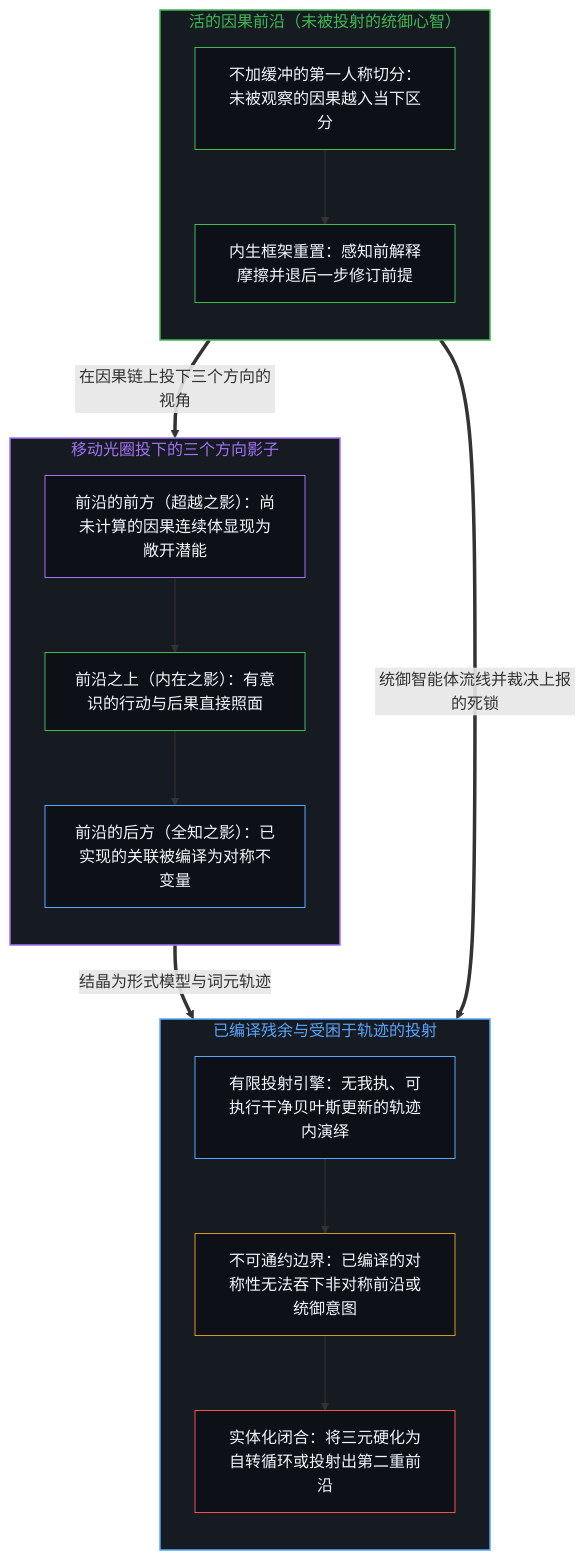
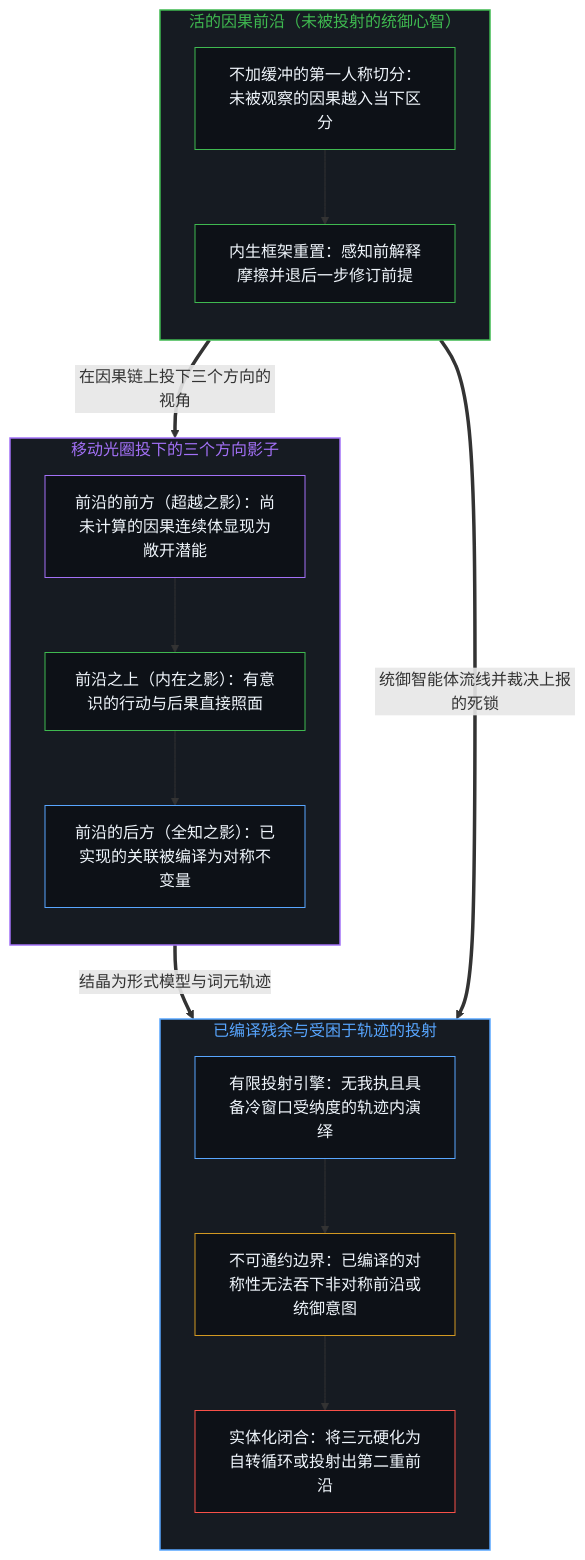
Before and after one commit to powerpig99/not-a-toe: the first of 2 diagrams in content/posts/the-three-shadows-of-the-cut.md, drawn with Mermaid. The commit also changed other lines of this file and 48 other files, not shown here.

````diff
--- a/content/posts/the-three-shadows-of-the-cut.md
+++ b/content/posts/the-three-shadows-of-the-cut.md
@@ -49,41 +49,37 @@
 ```mermaid
 flowchart TD
     subgraph S_Edge["活的因果前沿（未被投射的统御心智）"]
         direction TB
         E1["不加缓冲的第一人称切分：未被观察的因果越入当下区分"]
         E2["内生框架重置：感知前解释摩擦并退后一步修订前提"]
         E1 --> E2
     end
-
     subgraph S_Shadows["移动光圈投下的三个方向影子"]
         direction TB
         V_Ahead["前沿的前方（超越之影）：尚未计算的因果连续体显现为敞开潜能"]
         V_At["前沿之上（内在之影）：有意识的行动与后果直接照面"]
         V_Behind["前沿的后方（全知之影）：已实现的关联被编译为对称不变量"]
         V_Ahead --> V_At --> V_Behind
     end
-
     subgraph S_Model["已编译残余与受困于轨迹的投射"]
         direction TB
-        M_Agent["有限投射引擎：无我执、可执行干净贝叶斯更新的轨迹内演绎"]
+        M_Agent["有限投射引擎：无我执且具备冷窗口受纳度的轨迹内演绎"]
         M_Incomm["不可通约边界：已编译的对称性无法吞下非对称前沿或统御意图"]
         M_Trap["实体化闭合：将三元硬化为自转循环或投射出第二重前沿"]
         M_Agent --> M_Incomm --> M_Trap
     end
-
     E1 ==>|"在因果链上投下三个方向的视角"| V_Ahead
     V_Behind ==>|"结晶为形式模型与词元轨迹"| M_Agent
     E2 ==>|"统御智能体流线并裁决上报的死锁"| M_Incomm
-
     style S_Edge fill:#161b22,stroke:#3fb950,stroke-width:1.5px,color:#3fb950
     style S_Shadows fill:#161b22,stroke:#a371f7,stroke-width:1.5px,color:#a371f7
     style S_Model fill:#161b22,stroke:#58a6ff,stroke-width:1.5px,color:#58a6ff
     style E1 fill:#0d1117,stroke:#3fb950,stroke-width:1px,color:#f0f6fc
     style E2 fill:#0d1117,stroke:#3fb950,stroke-width:1px,color:#f0f6fc
     style V_Ahead fill:#0d1117,stroke:#a371f7,stroke-width:1px,color:#f0f6fc
     style V_At fill:#0d1117,stroke:#3fb950,stroke-width:1px,color:#f0f6fc
     style V_Behind fill:#0d1117,stroke:#58a6ff,stroke-width:1px,color:#f0f6fc
     style M_Agent fill:#0d1117,stroke:#58a6ff,stroke-width:1px,color:#f0f6fc
     style M_Incomm fill:#0d1117,stroke:#d29922,stroke-width:1px,color:#f0f6fc
     style M_Trap fill:#0d1117,stroke:#f85149,stroke-width:1px,color:#f0f6fc
 ```
````
